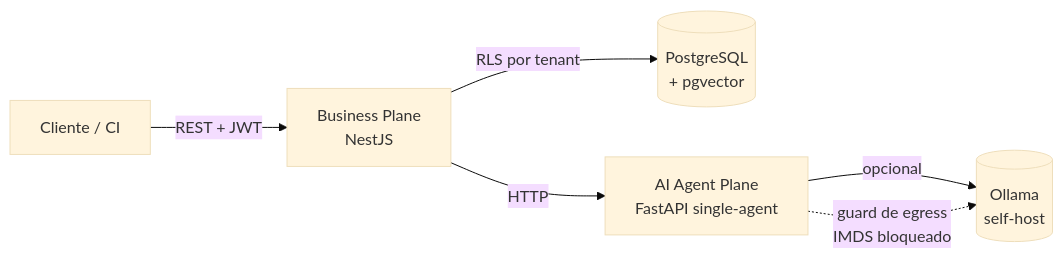
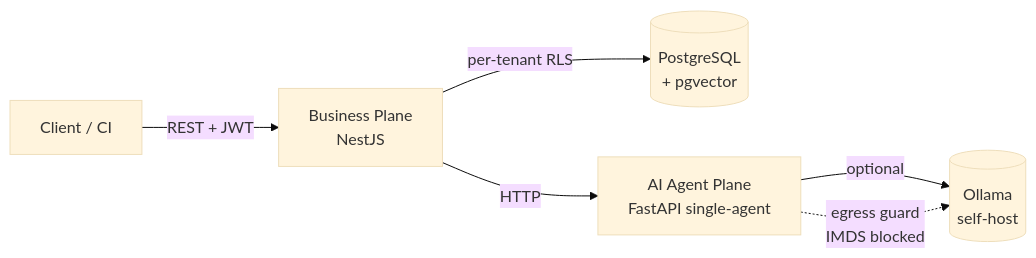
One commit to Martinez1991/vantar-core changed the diagram in docs/architecture.md. Above: the diagram before and after it, drawn with Mermaid (base theme). The commit also changed other lines of this file and 17 other files, not shown here.

````diff
--- a/docs/architecture.md
+++ b/docs/architecture.md
@@ -10,8 +10,8 @@
 ```mermaid
 flowchart LR
-  Client[Cliente / CI] -->|REST + JWT| API[Business Plane\nNestJS]
-  API -->|RLS por tenant| DB[(PostgreSQL\n+ pgvector)]
+  Client[Client / CI] -->|REST + JWT| API[Business Plane\nNestJS]
+  API -->|per-tenant RLS| DB[(PostgreSQL\n+ pgvector)]
   API -->|HTTP| Agents[AI Agent Plane\nFastAPI single-agent]
-  Agents -->|opcional| LLM[(Ollama\nself-host)]
-  Agents -.->|guard de egress\nIMDS bloqueado| LLM
+  Agents -->|optional| LLM[(Ollama\nself-host)]
+  Agents -.->|egress guard\nIMDS blocked| LLM
 ```
````
